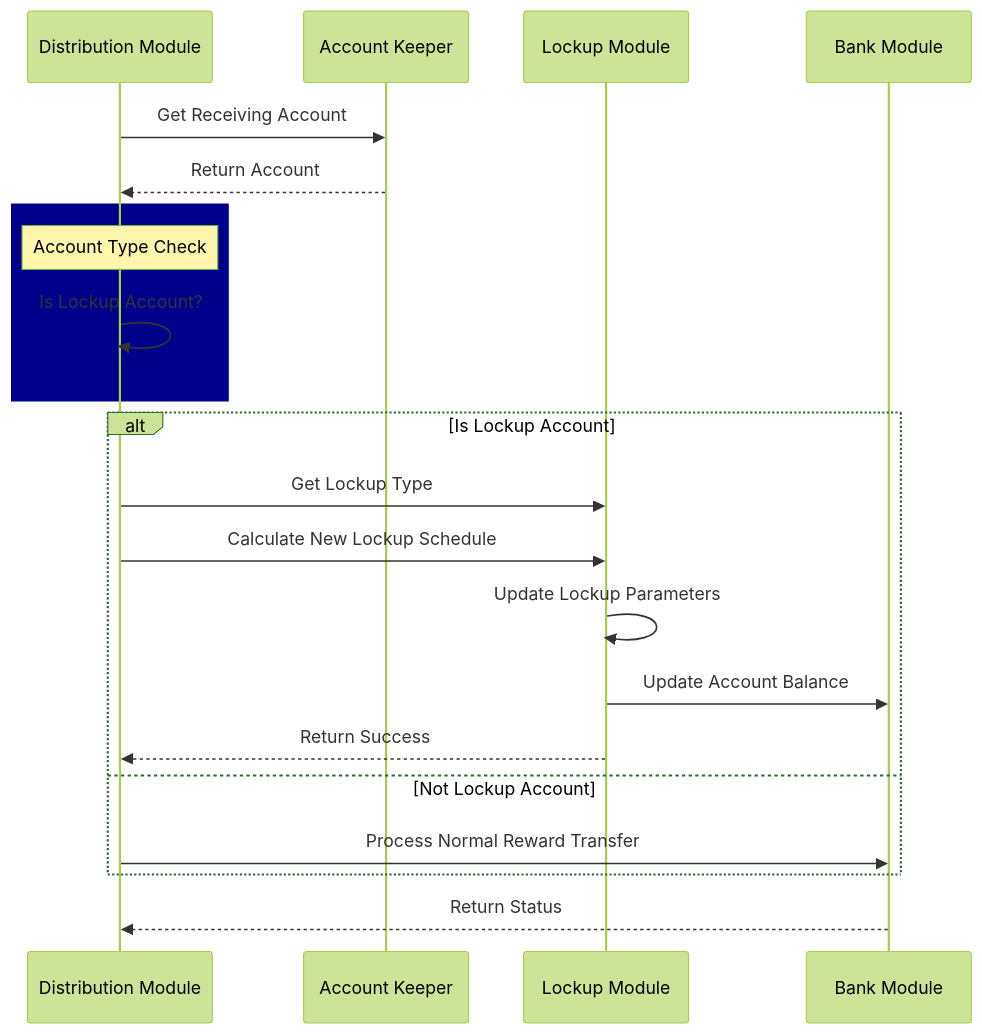
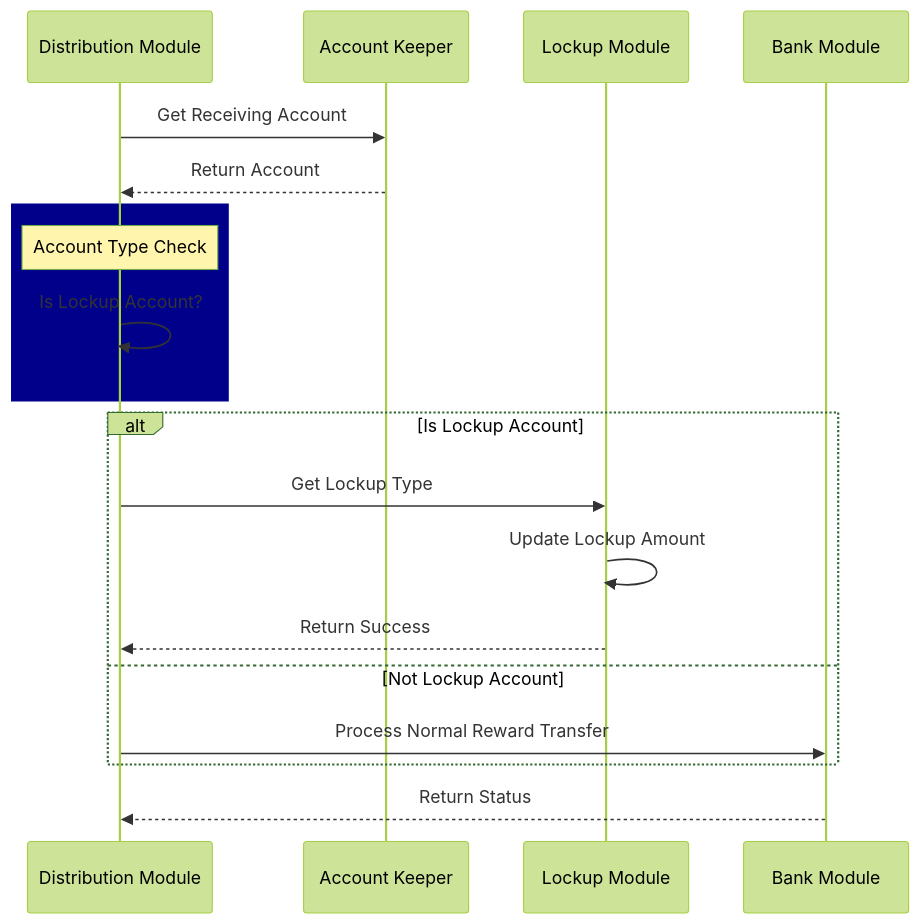
One commit to celestiaorg/CIPs changed the diagram in cips/cip-031.md. Above: the diagram before and after it, drawn with Mermaid (forest theme). The commit also changed other lines of this file, not shown here.

````diff
--- a/cips/cip-031.md
+++ b/cips/cip-031.md
@@ -83,29 +114,25 @@
-```mermaid
-sequenceDiagram
-participant DM as Distribution Module
-participant AK as Account Keeper
-participant LM as Lockup Module
-participant BM as Bank Module
+  ```mermaid
+  sequenceDiagram
+  participant DM as Distribution Module
+  participant AK as Account Keeper
+  participant LM as Lockup Module
+  participant BM as Bank Module
 
-DM->>AK: Get Receiving Account
-AK-->>DM: Return Account
+  DM->>AK: Get Receiving Account
+  AK-->>DM: Return Account
 
-rect rgb(0, 0, 139)
-  Note over DM: Account Type Check
-  DM->>DM: Is Lockup Account?
-end
+  rect rgb(0, 0, 139)
+    Note over DM: Account Type Check
+    DM->>DM: Is Lockup Account?
+  end
 
-alt Is Lockup Account
-   DM->>LM: Get Lockup Type
-   DM->>LM: Calculate New Lockup Schedule
-   LM->>LM: Update Lockup Parameters
-   LM->>BM: Update Account Balance
-   LM-->>DM: Return Success
-else Not Lockup Account
-  DM->>BM: Process Normal Reward Transfer
-end
+  alt Is Lockup Account
+    DM->>LM: Get Lockup Type
+    LM->>LM: Update Lockup Amount
+    LM-->>DM: Return Success
+  else Not Lockup Account
+    DM->>BM: Process Normal Reward Transfer
+  end
 
-BM-->>DM: Return Status
-
-
-```
+  BM-->>DM: Return Status
+  ```
````
